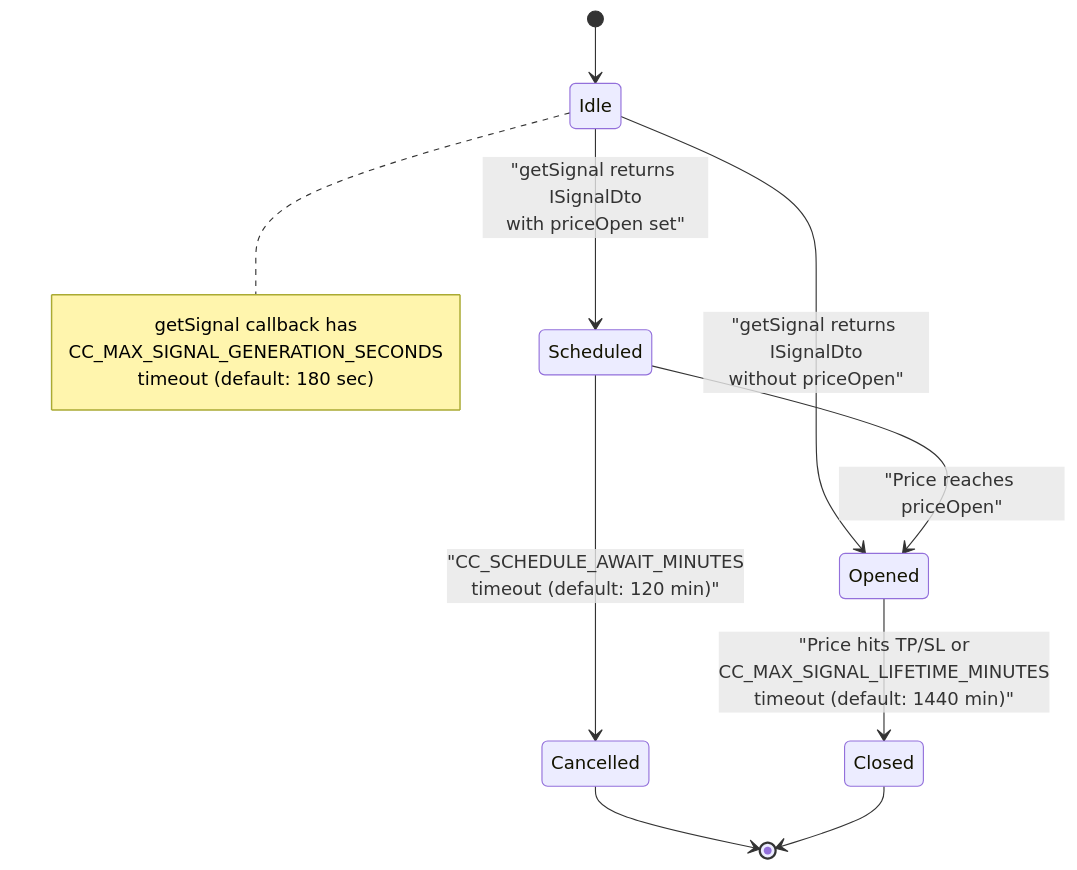
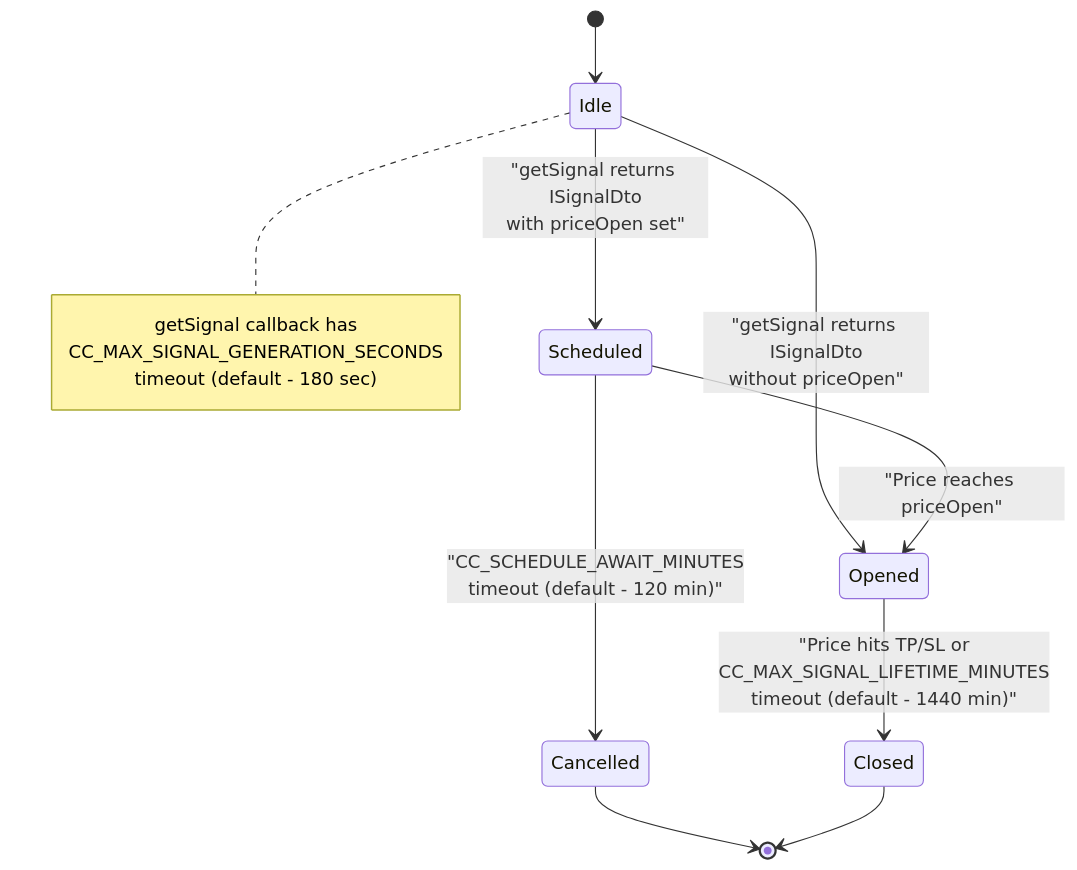
Before and after one commit to tripolskypetr/backtest-kit: the third of 5 diagrams in docs/design/26-global-configuration-parameters.md, drawn with Mermaid. The commit also changed 4 other files, not shown here.

````diff
--- a/docs/design/26-global-configuration-parameters.md
+++ b/docs/design/26-global-configuration-parameters.md
@@ -213,21 +213,21 @@
 ```mermaid
 stateDiagram-v2
     [*] --> Idle
     
     Idle --> Scheduled: "getSignal returns ISignalDto<br/>with priceOpen set"
     Idle --> Opened: "getSignal returns ISignalDto<br/>without priceOpen"
     
     Scheduled --> Opened: "Price reaches priceOpen"
-    Scheduled --> Cancelled: "CC_SCHEDULE_AWAIT_MINUTES<br/>timeout (default: 120 min)"
+    Scheduled --> Cancelled: "CC_SCHEDULE_AWAIT_MINUTES<br/>timeout (default - 120 min)"
     
-    Opened --> Closed: "Price hits TP/SL or<br/>CC_MAX_SIGNAL_LIFETIME_MINUTES<br/>timeout (default: 1440 min)"
+    Opened --> Closed: "Price hits TP/SL or<br/>CC_MAX_SIGNAL_LIFETIME_MINUTES<br/>timeout (default - 1440 min)"
     
     Cancelled --> [*]
     Closed --> [*]
     
     note right of Idle
         getSignal callback has
         CC_MAX_SIGNAL_GENERATION_SECONDS
-        timeout (default: 180 sec)
+        timeout (default - 180 sec)
     end note
 ```
````
